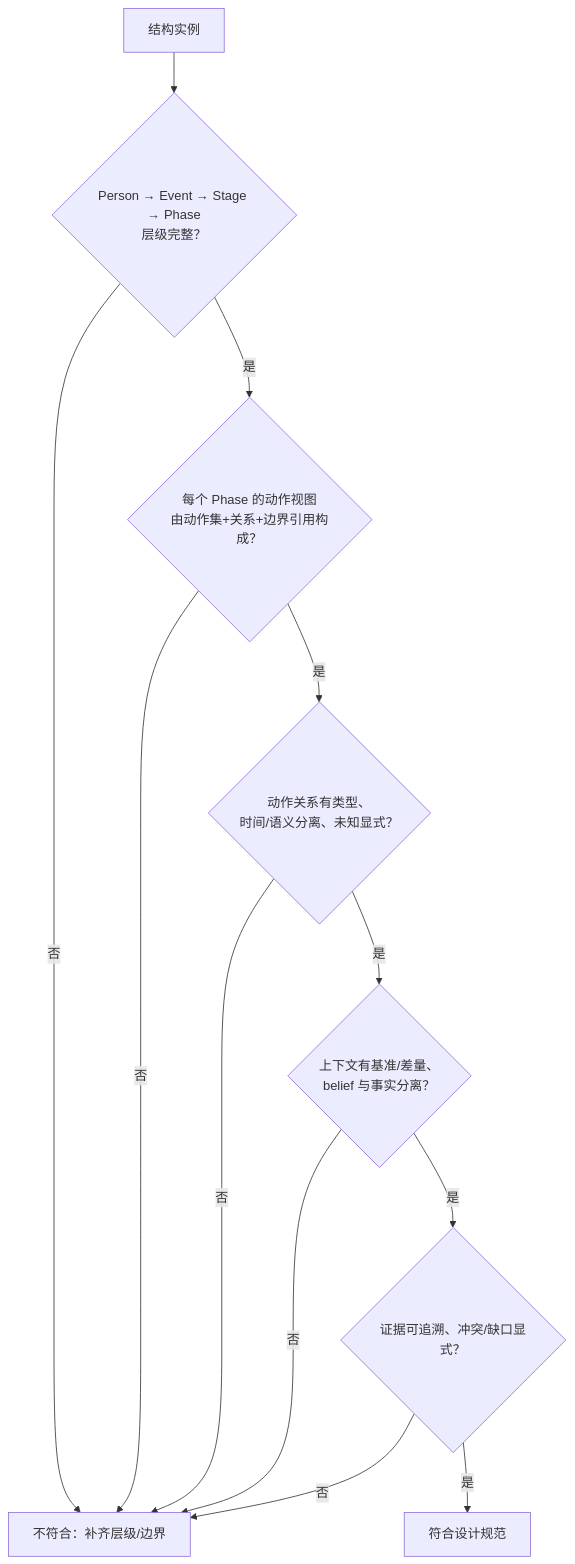
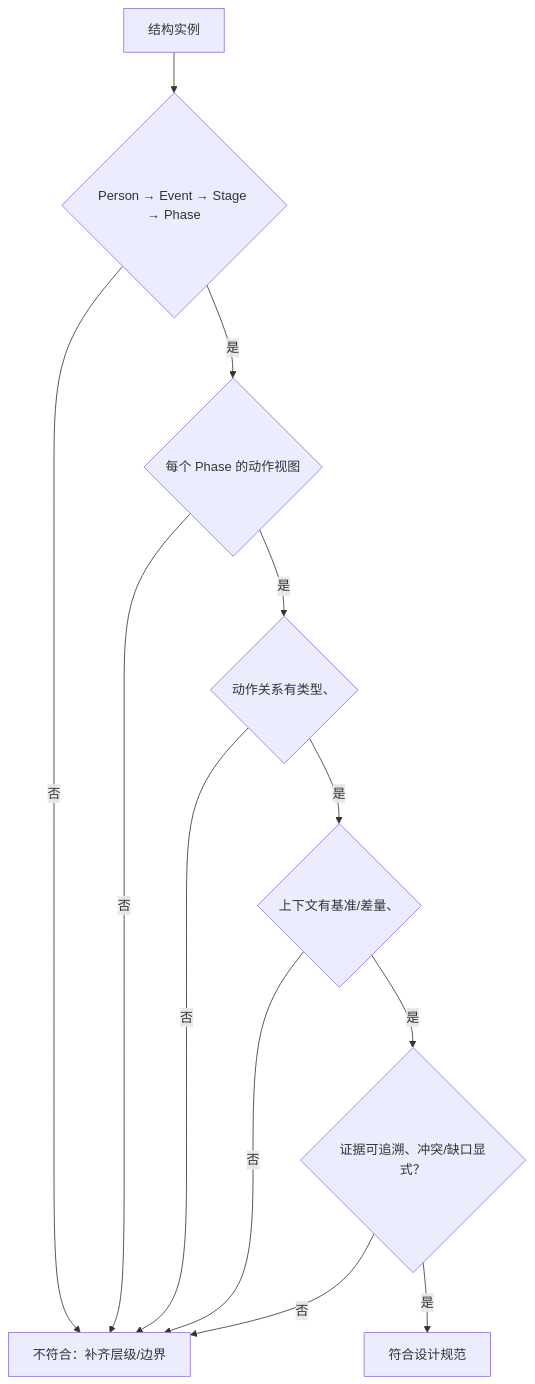
Before and after one commit to AgenticFinLab/FinMycelium: the second of 2 diagrams in docs/structures/7-specification.md, drawn with Mermaid. The commit also changed 8 other files, not shown here.

First line of the commit message:
docs: fix Mermaid render errors and simplify framework diagrams

````diff
--- a/docs/structures/7-specification.md
+++ b/docs/structures/7-specification.md
@@ -176,14 +176,14 @@
 ```mermaid
 flowchart TD
-    X["结构实例"] --> Q1{"Person → Event → Stage → Phase<br/>层级完整？"}
-    Q1 -- "否" --> FIX["不符合：补齐层级/边界"]
-    Q1 -- "是" --> Q2{"每个 Phase 的动作视图<br/>由动作集+关系+边界引用构成？"}
-    Q2 -- "否" --> FIX
-    Q2 -- "是" --> Q3{"动作关系有类型、<br/>时间/语义分离、未知显式？"}
-    Q3 -- "否" --> FIX
-    Q3 -- "是" --> Q4{"上下文有基准/差量、<br/>belief 与事实分离？"}
-    Q4 -- "否" --> FIX
-    Q4 -- "是" --> Q5{"证据可追溯、冲突/缺口显式？"}
-    Q5 -- "否" --> FIX
-    Q5 -- "是" --> OK["符合设计规范"]
+    X["结构实例"] --> Q1{"Person → Event → Stage → Phase"}
+    Q1 -->|否| FIX["不符合：补齐层级/边界"]
+    Q1 -->|是| Q2{"每个 Phase 的动作视图"}
+    Q2 -->|否| FIX
+    Q2 -->|是| Q3{"动作关系有类型、"}
+    Q3 -->|否| FIX
+    Q3 -->|是| Q4{"上下文有基准/差量、"}
+    Q4 -->|否| FIX
+    Q4 -->|是| Q5{"证据可追溯、冲突/缺口显式？"}
+    Q5 -->|否| FIX
+    Q5 -->|是| OK["符合设计规范"]
 ```
````
